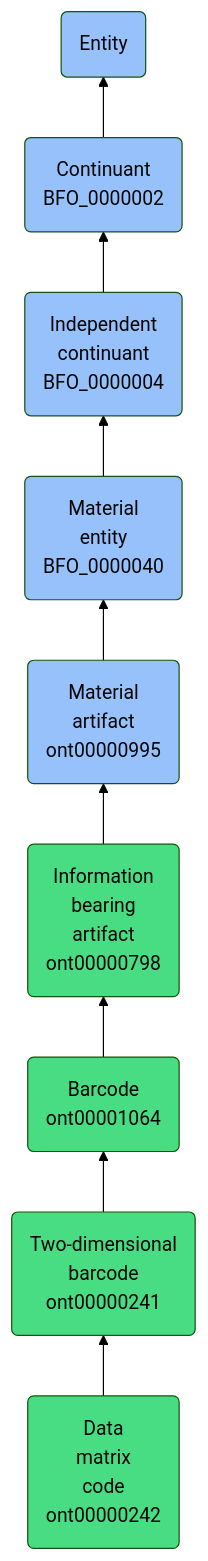
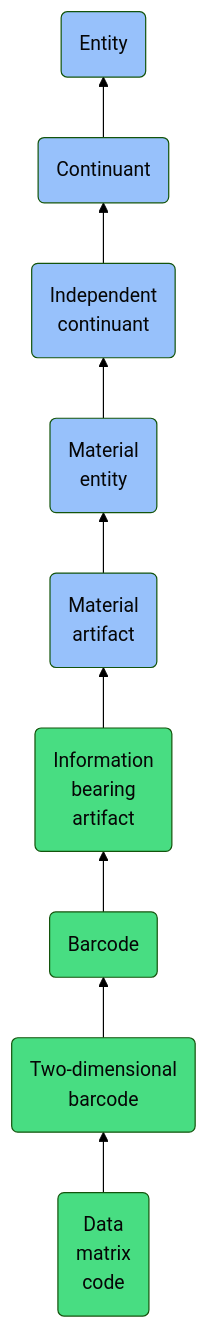
The diagram in docs/ontology/reference/model/Entity/Continuant/Independent continuant/Material entity/Material artifact/Information bearing artifact/Barcode/Two-dimensional barcode/Data matrix code/Data matrix code.md (jupyter-naas/abi), drawn with Mermaid (forest theme) before and after one commit. The commit also changed other lines of this file and 1430 other files, not shown here.

````diff
--- a/docs/ontology/reference/model/Entity/Continuant/Independent continuant/Material entity/Material artifact/Information bearing artifact/Barcode/Two-dimensional barcode/Data matrix code/Data matrix code.md
+++ b/docs/ontology/reference/model/Entity/Continuant/Independent continuant/Material entity/Material artifact/Information bearing artifact/Barcode/Two-dimensional barcode/Data matrix code/Data matrix code.md
@@ -24,16 +24,16 @@
 ```mermaid
 graph BT
-    ont00000242(Data<br>matrix<br>code<br>ont00000242):::ABI-->ont00000241
-    ont00000241(Two-dimensional<br>barcode<br>ont00000241):::ABI-->ont00001064
-    ont00001064(Barcode<br>ont00001064):::ABI-->ont00000798
-    ont00000798(Information<br>bearing<br>artifact<br>ont00000798):::ABI-->ont00000995
-    ont00000995(Material<br>artifact<br>ont00000995):::BFO-->BFO_0000040
-    BFO_0000040(Material<br>entity<br>BFO_0000040):::BFO-->BFO_0000004
-    BFO_0000004(Independent<br>continuant<br>BFO_0000004):::BFO-->BFO_0000002
-    BFO_0000002(Continuant<br>BFO_0000002):::BFO-->BFO_0000001
+    ont00000242(Data<br>matrix<br>code):::ABI-->ont00000241
+    ont00000241(Two-dimensional<br>barcode):::ABI-->ont00001064
+    ont00001064(Barcode):::ABI-->ont00000798
+    ont00000798(Information<br>bearing<br>artifact):::ABI-->ont00000995
+    ont00000995(Material<br>artifact):::BFO-->BFO_0000040
+    BFO_0000040(Material<br>entity):::BFO-->BFO_0000004
+    BFO_0000004(Independent<br>continuant):::BFO-->BFO_0000002
+    BFO_0000002(Continuant):::BFO-->BFO_0000001
     BFO_0000001(Entity):::BFO
     
     classDef BFO fill:#97c1fb,color:#060606
     classDef CCO fill:#e4c51e,color:#060606
     classDef ABI fill:#48DD82,color:#060606
 ```
````
